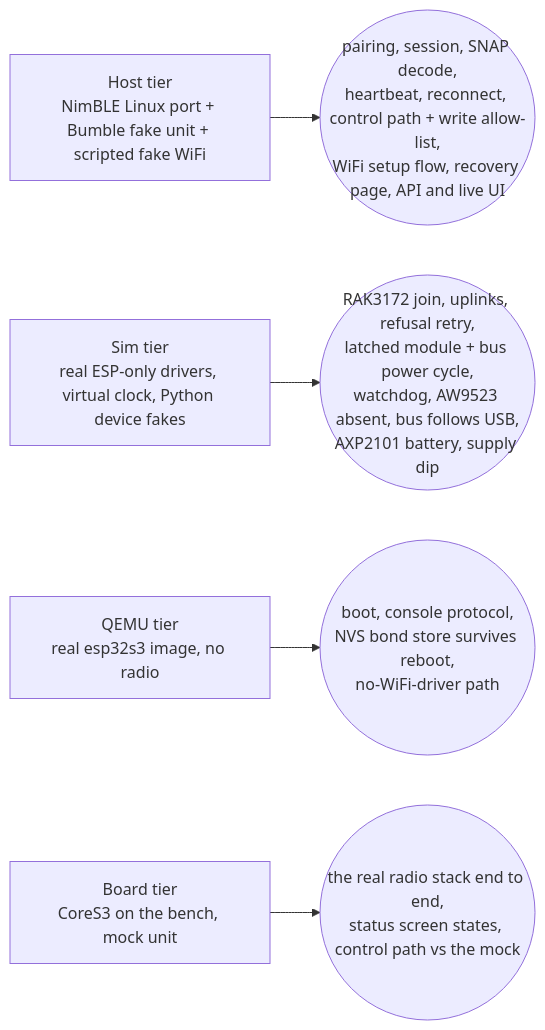
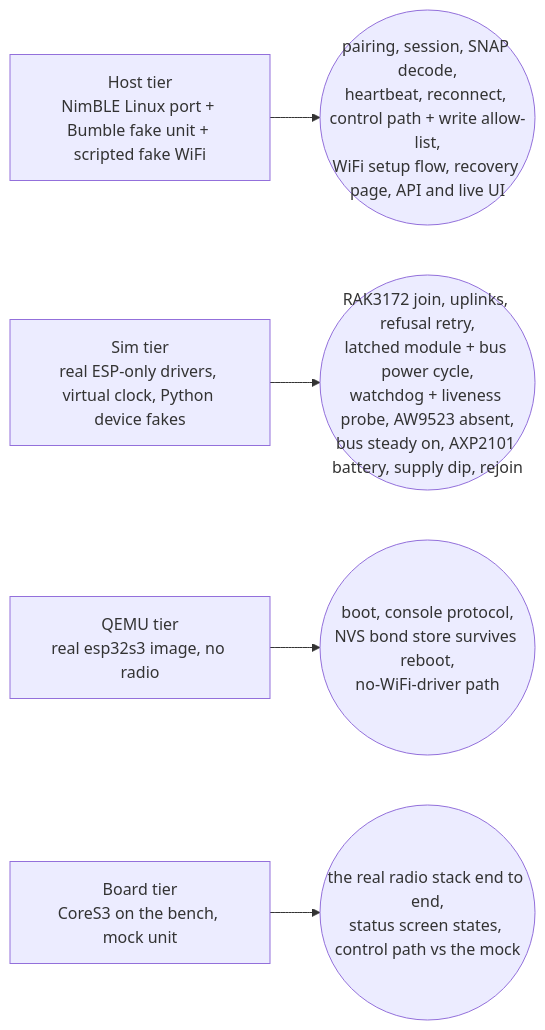
One commit to ckeller42/open-california changed the first of 3 diagrams in docs/firmware.md. Above: the diagram before and after it, drawn with Mermaid. The commit also changed other lines of this file and 16 other files, not shown here.

First line of the commit message:
LoRa: bus steady 1/1, liveness probe, energy round after a rejoin; HIL bench with dual-target scenarios (#580)

````diff
--- a/docs/firmware.md
+++ b/docs/firmware.md
@@ -49,7 +49,7 @@
 ```mermaid
 flowchart LR
   H["Host tier<br/>NimBLE Linux port + Bumble fake unit + scripted fake WiFi"] --> HP(("pairing, session, SNAP decode,<br/>heartbeat, reconnect, control path + write allow-list,<br/>WiFi setup flow, recovery page, API and live UI"))
-  S["Sim tier<br/>real ESP-only drivers, virtual clock, Python device fakes"] --> SP(("RAK3172 join, uplinks, refusal retry,<br/>latched module + bus power cycle,<br/>watchdog, AW9523 absent, bus follows USB,<br/>AXP2101 battery, supply dip"))
+  S["Sim tier<br/>real ESP-only drivers, virtual clock, Python device fakes"] --> SP(("RAK3172 join, uplinks, refusal retry,<br/>latched module + bus power cycle,<br/>watchdog + liveness probe, AW9523 absent,<br/>bus steady on, AXP2101 battery, supply dip, rejoin"))
   Q["QEMU tier<br/>real esp32s3 image, no radio"] --> QP(("boot, console protocol,<br/>NVS bond store survives reboot,<br/>no-WiFi-driver path"))
   B["Board tier<br/>CoreS3 on the bench, mock unit"] --> BP(("the real radio stack end to end,<br/>status screen states, control path vs the mock"))
 ```
````
